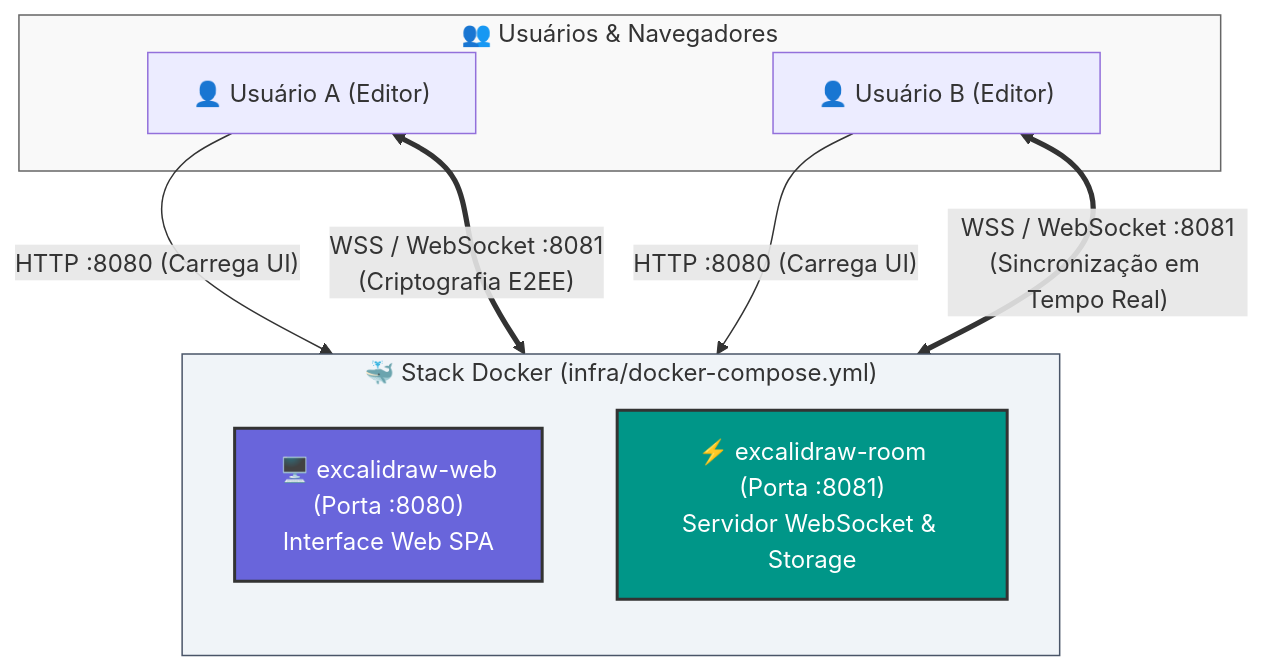
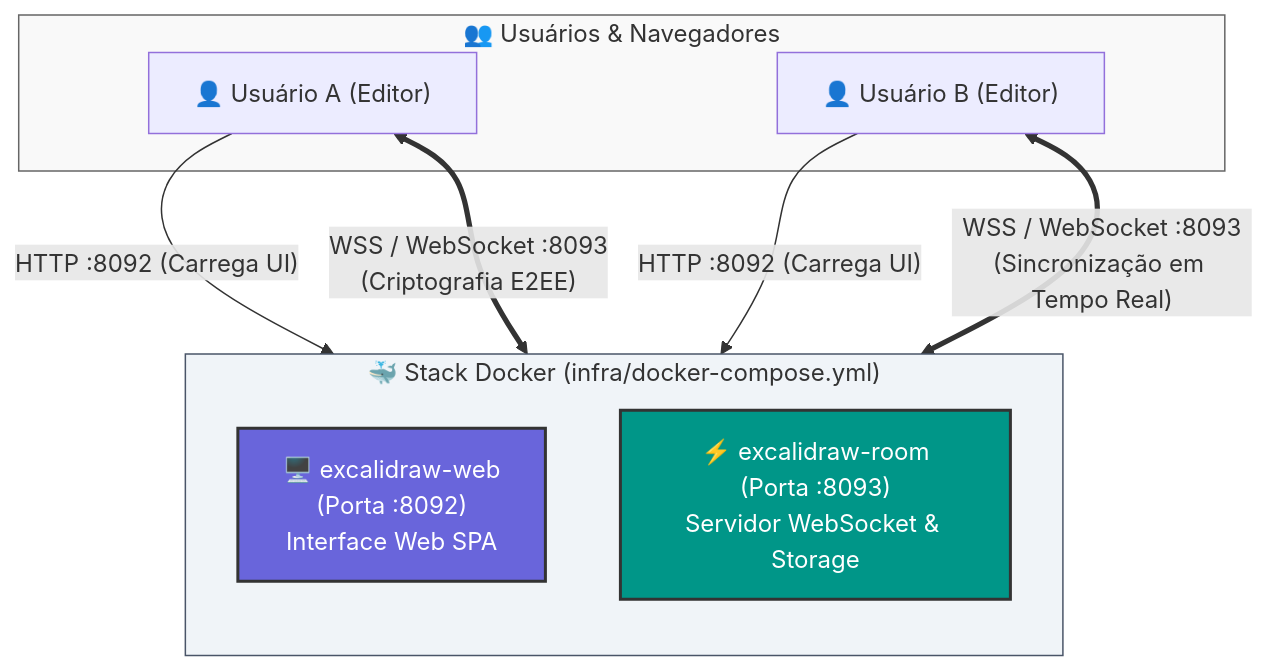
One commit to dxcdc/Desenho changed the first of 2 diagrams in README.md. Above: the diagram before and after it, drawn with Mermaid. The commit also changed other lines of this file and 4 other files, not shown here.

````diff
--- a/README.md
+++ b/README.md
@@ -26,24 +26,24 @@
 ```mermaid
 flowchart TD
     subgraph Clientes["👥 Usuários & Navegadores"]
         U1["👤 Usuário A (Editor)"]
         U2["👤 Usuário B (Editor)"]
     end
 
     subgraph Infra["🐳 Stack Docker (infra/docker-compose.yml)"]
         direction TB
-        WEB["🖥️ excalidraw-web<br/>(Porta :8080)<br/>Interface Web SPA"]
-        ROOM["⚡ excalidraw-room<br/>(Porta :8081)<br/>Servidor WebSocket & Storage"]
+        WEB["🖥️ excalidraw-web<br/>(Porta :8092)<br/>Interface Web SPA"]
+        ROOM["⚡ excalidraw-room<br/>(Porta :8093)<br/>Servidor WebSocket & Storage"]
     end
 
-    U1 -- "HTTP :8080 (Carrega UI)" --> WEB
-    U2 -- "HTTP :8080 (Carrega UI)" --> WEB
+    U1 -- "HTTP :8092 (Carrega UI)" --> WEB
+    U2 -- "HTTP :8092 (Carrega UI)" --> WEB
 
-    U1 <== "WSS / WebSocket :8081<br/>(Criptografia E2EE)" ==> ROOM
-    U2 <== "WSS / WebSocket :8081<br/>(Sincronização em Tempo Real)" ==> ROOM
+    U1 <== "WSS / WebSocket :8093<br/>(Criptografia E2EE)" ==> ROOM
+    U2 <== "WSS / WebSocket :8093<br/>(Sincronização em Tempo Real)" ==> ROOM
 
     style WEB fill:#6965DB,stroke:#333,stroke-width:2px,color:#fff
     style ROOM fill:#009688,stroke:#333,stroke-width:2px,color:#fff
     style Clientes fill:#f9f9f9,stroke:#666,stroke-width:1px
     style Infra fill:#f0f4f8,stroke:#4a5568,stroke-width:1px
 ```
````
